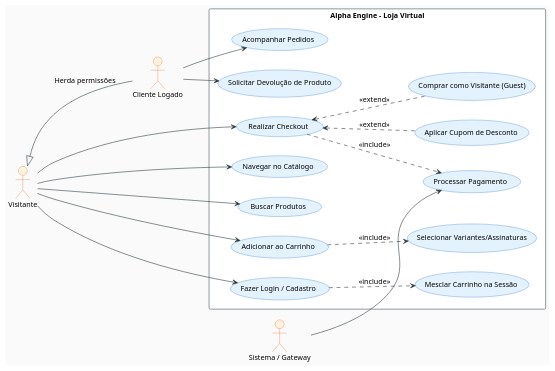
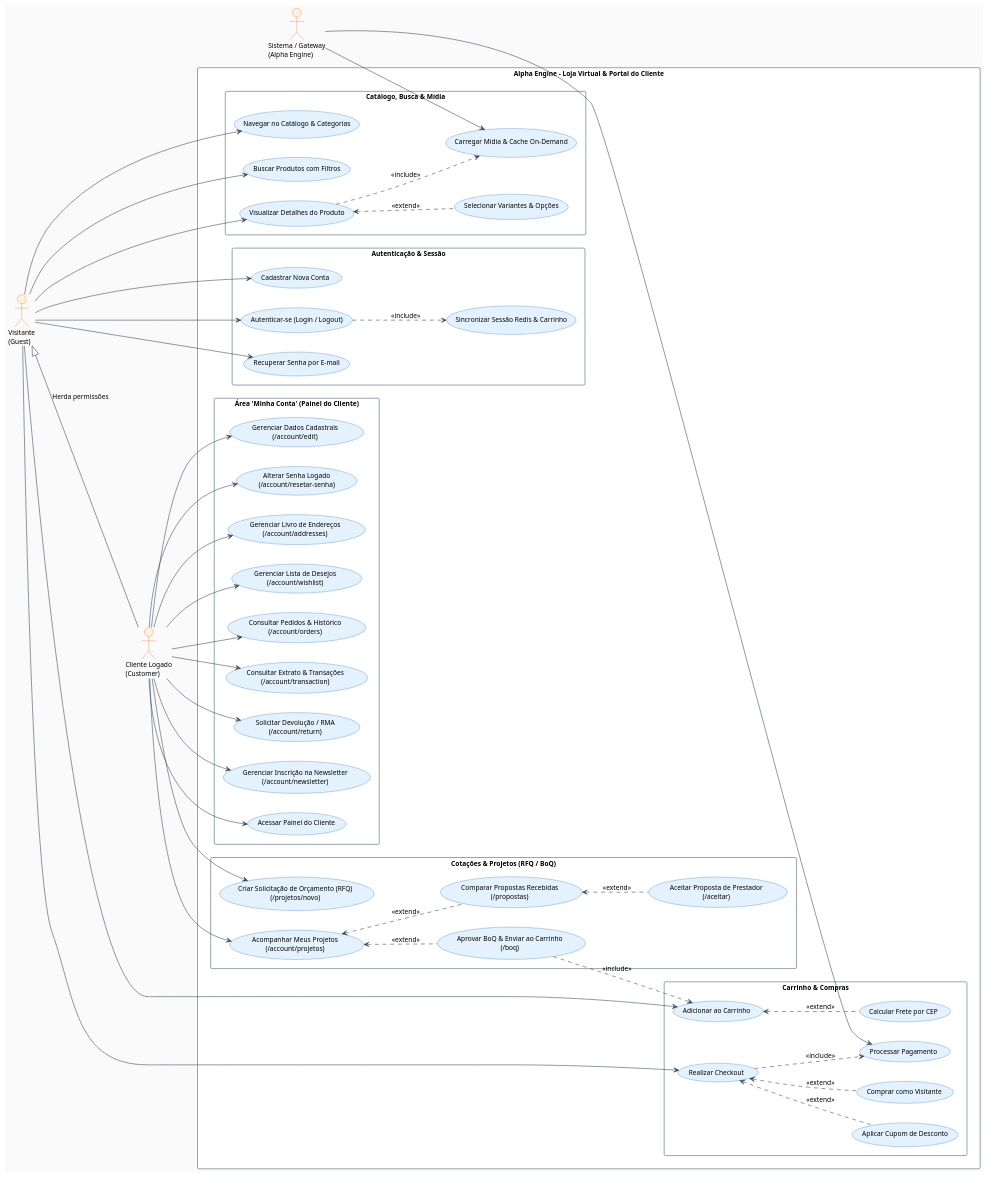
One commit to Wattrelos/Alpha_Engine changed the diagram in docs/business/use-cases/UseCaseDiagramCustomer.puml. Above: the diagram before and after it, drawn with PlantUML. The commit also changed other lines of this file and 1 other file, not shown here.

Commit message:
Atualização do documento de caso de uso geral

```diff
--- a/docs/business/use-cases/UseCaseDiagramCustomer.puml
+++ b/docs/business/use-cases/UseCaseDiagramCustomer.puml
@@ -1,76 +1,135 @@
 @startuml "Diagrama_Casos_De_Uso_Cliente"
 
-' --- Estilo CSS Moderno (Corrigido para PlantUML) ---
+' --- Estilo CSS Moderno para PlantUML ---
 <style>
 root {
     BackgroundColor #FAFAFA
     FontName "Helvetica Neue"
-    FontSize 13
+    FontSize 12
 }
 arrow {
-    LineColor #263238
+    LineColor #37474F
+    TextColor #37474F
 }
 actor {
     BackgroundColor #FFF3E0
     BorderColor #E65100
     LineColor #E65100
 }
 usecase {
     BackgroundColor #E3F2FD
     BorderColor #1565C0
     LineColor #1565C0
 }
 rectangle {
     BackgroundColor #FFFFFF
-    BorderColor #37474F
-    LineColor #37474F
+    BorderColor #455A64
+    LineColor #455A64
+}
+package {
+    BackgroundColor #F5F5F5
+    BorderColor #90A4AE
+    LineColor #90A4AE
 }
 </style>
 
 left to right direction
+skinparam packageStyle rectangle
+skinparam shadowing false
 
-actor "Visitante" as Guest
-actor "Cliente Logado" as Customer
-actor "Sistema / Gateway" as System
+actor "Visitante\n(Guest)" as Guest
+actor "Cliente Logado\n(Customer)" as Customer
+actor "Sistema / Gateway\n(Alpha Engine)" as System
 
 Guest <|-- Customer : Herda permissões
 
-rectangle "Alpha Engine - Loja Virtual" {
-    usecase "Navegar no Catálogo" as UC_Nav
-    usecase "Buscar Produtos" as UC_Search
-    usecase "Adicionar ao Carrinho" as UC_Cart
-    usecase "Selecionar Variantes/Assinaturas" as UC_Cart_Inc
-    usecase "Fazer Login / Cadastro" as UC_Auth
-    usecase "Mesclar Carrinho na Sessão" as UC_Auth_Inc
-    usecase "Realizar Checkout" as UC_Checkout
-    usecase "Aplicar Cupom de Desconto" as UC_Coupon
-    usecase "Comprar como Visitante (Guest)" as UC_Checkout_Ext
-    usecase "Acompanhar Pedidos" as UC_Orders
-    usecase "Solicitar Devolução de Produto" as UC_Return
-    usecase "Processar Pagamento" as UC_Payment
+rectangle "Alpha Engine - Loja Virtual & Portal do Cliente" {
+
+    package "Catálogo, Busca & Mídia" {
+        usecase "Navegar no Catálogo & Categorias" as UC_Nav
+        usecase "Buscar Produtos com Filtros" as UC_Search
+        usecase "Visualizar Detalhes do Produto" as UC_ProductDetail
+        usecase "Selecionar Variantes & Opções" as UC_Variants
+        usecase "Carregar Mídia & Cache On-Demand" as UC_MediaCache
+    }
+
+    package "Carrinho & Compras" {
+        usecase "Adicionar ao Carrinho" as UC_Cart
+        usecase "Calcular Frete por CEP" as UC_Shipping
+        usecase "Aplicar Cupom de Desconto" as UC_Coupon
+        usecase "Realizar Checkout" as UC_Checkout
+        usecase "Comprar como Visitante" as UC_GuestCheckout
+        usecase "Processar Pagamento" as UC_Payment
+    }
+
+    package "Autenticação & Sessão" {
+        usecase "Cadastrar Nova Conta" as UC_Register
+        usecase "Autenticar-se (Login / Logout)" as UC_Login
+        usecase "Recuperar Senha por E-mail" as UC_ForgotPass
+        usecase "Sincronizar Sessão Redis & Carrinho" as UC_SyncSession
+    }
+
+    package "Área 'Minha Conta' (Painel do Cliente)" {
+        usecase "Acessar Painel do Cliente" as UC_AccountDash
+        usecase "Gerenciar Dados Cadastrais\n(/account/edit)" as UC_EditAccount
+        usecase "Alterar Senha Logado\n(/account/resetar-senha)" as UC_ChangePass
+        usecase "Gerenciar Livro de Endereços\n(/account/addresses)" as UC_Addresses
+        usecase "Gerenciar Lista de Desejos\n(/account/wishlist)" as UC_Wishlist
+        usecase "Consultar Pedidos & Histórico\n(/account/orders)" as UC_Orders
+        usecase "Consultar Extrato & Transações\n(/account/transaction)" as UC_Transactions
+        usecase "Solicitar Devolução / RMA\n(/account/return)" as UC_Returns
+        usecase "Gerenciar Inscrição na Newsletter\n(/account/newsletter)" as UC_Newsletter
+    }
+
+    package "Cotações & Projetos (RFQ / BoQ)" {
+        usecase "Criar Solicitação de Orçamento (RFQ)\n(/projetos/novo)" as UC_CreateRfq
+        usecase "Acompanhar Meus Projetos\n(/account/projetos)" as UC_MyProjects
+        usecase "Comparar Propostas Recebidas\n(/propostas)" as UC_CompareBids
+        usecase "Aceitar Proposta de Prestador\n(/aceitar)" as UC_AcceptBid
+        usecase "Aprovar BoQ & Enviar ao Carrinho\n(/boq)" as UC_ApproveBoq
+    }
 }
 
-' Associações Diretas do Visitante
+' ── Relacionamentos do Visitante (Guest) ──────────────────────────────
 Guest --> UC_Nav
 Guest --> UC_Search
+Guest --> UC_ProductDetail
 Guest --> UC_Cart
-Guest --> UC_Auth
+Guest --> UC_Register
+Guest --> UC_Login
+Guest --> UC_ForgotPass
 Guest --> UC_Checkout
 
-' Inclusões (Include) - Ações Obrigatórias do Fluxo
-UC_Cart ..> UC_Cart_Inc : <<include>>
-UC_Auth ..> UC_Auth_Inc : <<include>>
+' ── Inclusões (Include) & Extensões (Extend) no Fluxo Geral ───────────
+UC_ProductDetail <.. UC_Variants : <<extend>>
+UC_ProductDetail ..> UC_MediaCache : <<include>>
+UC_Cart <.. UC_Shipping : <<extend>>
+UC_Checkout <.. UC_Coupon : <<extend>>
+UC_Checkout <.. UC_GuestCheckout : <<extend>>
 UC_Checkout ..> UC_Payment : <<include>>
+UC_Login ..> UC_SyncSession : <<include>>
 
-' Extensões (Extend) - Ações Opcionais do Fluxo
-UC_Coupon .up.> UC_Checkout : <<extend>>
-UC_Checkout_Ext .up.> UC_Checkout : <<extend>>
+' ── Ações Exclusivas do Cliente Logado (Customer) ─────────────────────
+Customer --> UC_AccountDash
+Customer --> UC_EditAccount
+Customer --> UC_ChangePass
+Customer --> UC_Addresses
+Customer --> UC_Wishlist
+Customer --> UC_Orders
+Customer --> UC_Transactions
+Customer --> UC_Returns
+Customer --> UC_Newsletter
 
-' Ações Exclusivas do Cliente Logado
-Customer --> UC_Orders
-Customer --> UC_Return
+' ── Fluxos de Cotações & Projetos (RFQ / BoQ) ─────────────────────────
+Customer --> UC_CreateRfq
+Customer --> UC_MyProjects
+UC_MyProjects <.. UC_CompareBids : <<extend>>
+UC_CompareBids <.. UC_AcceptBid : <<extend>>
+UC_MyProjects <.. UC_ApproveBoq : <<extend>>
+UC_ApproveBoq ..> UC_Cart : <<include>>
 
-' Associação do Sistema (Externa)
+' ── Integração de Sistema Externo (Gateway) ───────────────────────────
 System --> UC_Payment
+System --> UC_MediaCache
 
 @enduml
```
